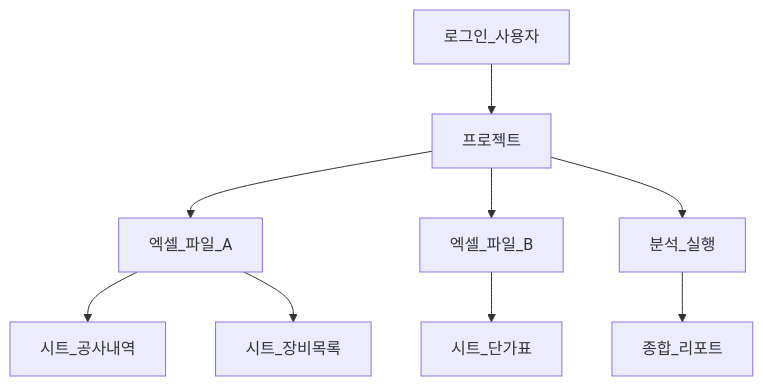
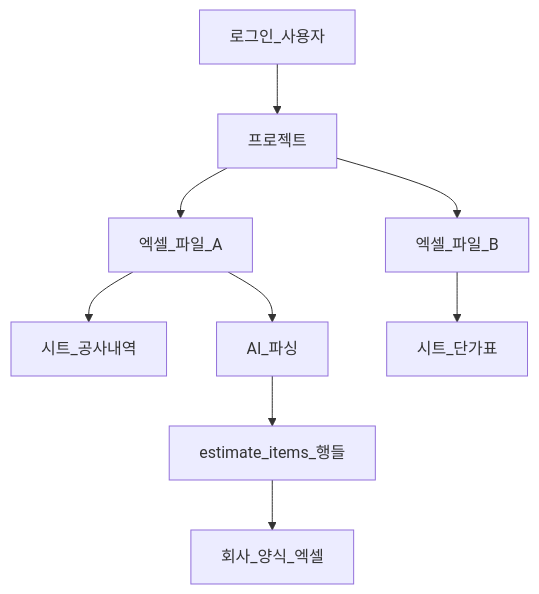
One commit to DevCoreDXI76/excel-analysis changed the first of 2 diagrams in docs/05_system_requirements.md. Above: the diagram before and after it, drawn with Mermaid. The commit also changed other lines of this file and 41 other files, not shown here.

````diff
--- a/docs/05_system_requirements.md
+++ b/docs/05_system_requirements.md
@@ -99,11 +96,11 @@
 ```mermaid
 flowchart TB
   User[로그인_사용자] --> Project[프로젝트]
   Project --> File1[엑셀_파일_A]
   Project --> File2[엑셀_파일_B]
   File1 --> Sheet1[시트_공사내역]
-  File1 --> Sheet2[시트_장비목록]
-  File2 --> Sheet3[시트_단가표]
-  Project --> AnalysisRun[분석_실행]
-  AnalysisRun --> Report[종합_리포트]
+  File2 --> Sheet2[시트_단가표]
+  File1 --> ParseJob[AI_파싱]
+  ParseJob --> Items[estimate_items_행들]
+  Items --> Export[회사_양식_엑셀]
 ```
````
